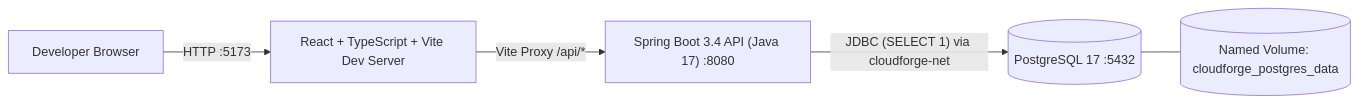
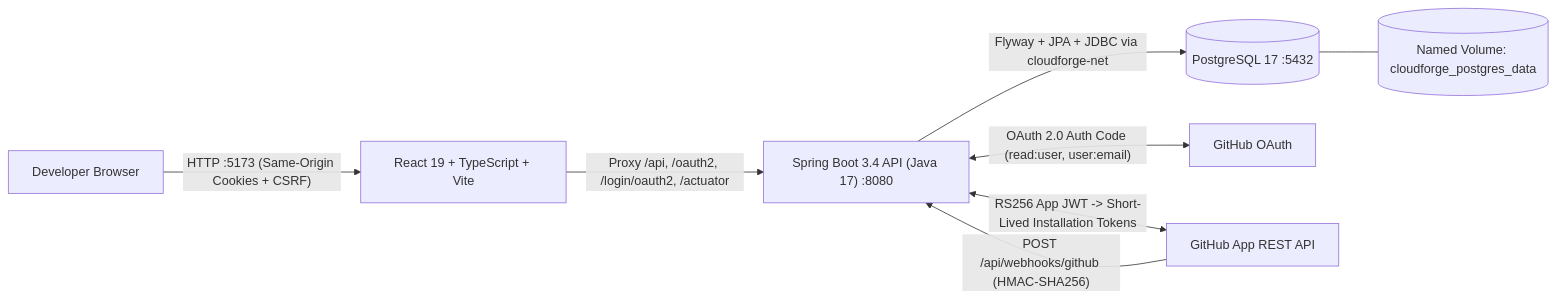
Before and after one commit to Itzx-kush/CloudForge: the first of 2 diagrams in docs/ARCHITECTURE.md, drawn with Mermaid. The commit also changed other lines of this file and 146 other files, not shown here.

Commit message:
Phase 2: Authentication, GitHub Integration & Persistent Workspaces

````diff
--- a/docs/ARCHITECTURE.md
+++ b/docs/ARCHITECTURE.md
@@ -20,7 +21,10 @@
 ```mermaid
 flowchart LR
-    User["Developer Browser"] -->|"HTTP :5173"| Vite["React + TypeScript + Vite Dev Server"]
-    Vite -->|"Vite Proxy /api/*"| Backend["Spring Boot 3.4 API (Java 17) :8080"]
-    Backend -->|"JDBC (SELECT 1) via cloudforge-net"| Postgres[("PostgreSQL 17 :5432")]
+    User["Developer Browser"] -->|"HTTP :5173 (Same-Origin Cookies + CSRF)"| Vite["React 19 + TypeScript + Vite"]
+    Vite -->|"Proxy /api, /oauth2, /login/oauth2, /actuator"| Backend["Spring Boot 3.4 API (Java 17) :8080"]
+    Backend -->|"Flyway + JPA + JDBC via cloudforge-net"| Postgres[("PostgreSQL 17 :5432")]
     Postgres --- Volume[("Named Volume: cloudforge_postgres_data")]
+    Backend <-->|"OAuth 2.0 Auth Code (read:user, user:email)"| GHOAuth["GitHub OAuth"]
+    Backend <-->|"RS256 App JWT -> Short-Lived Installation Tokens"| GHApp["GitHub App REST API"]
+    GHApp -->|"POST /api/webhooks/github (HMAC-SHA256)"| Backend
 ```
````
